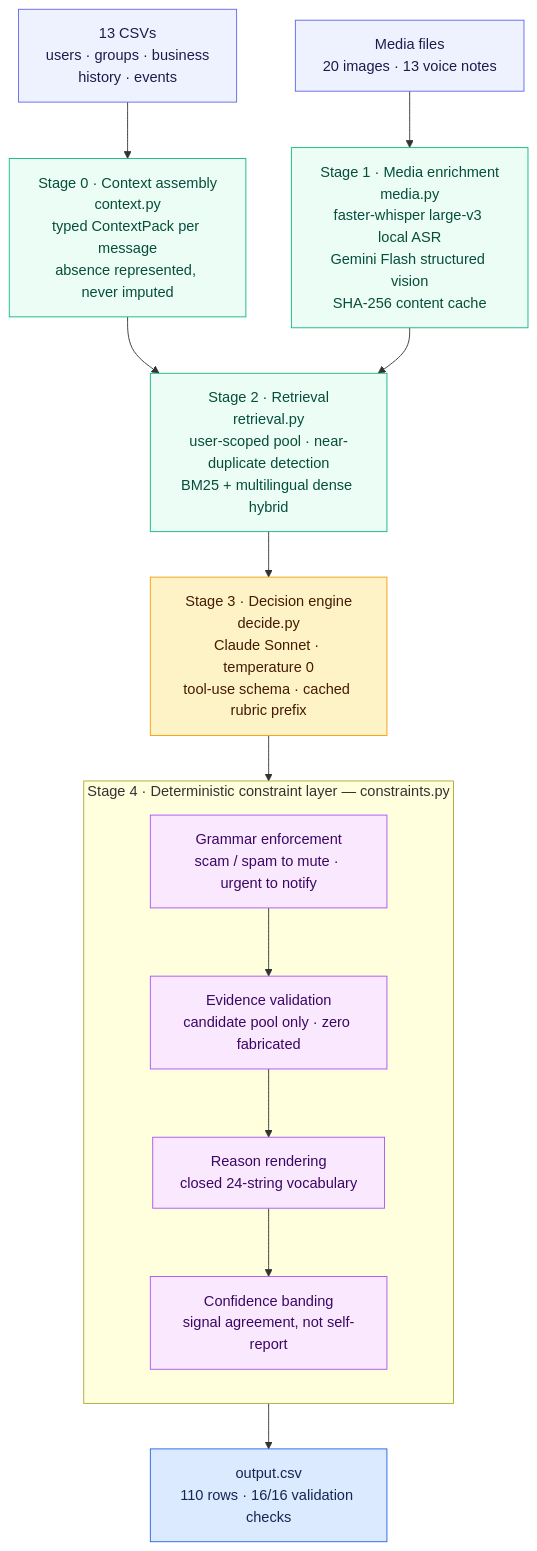
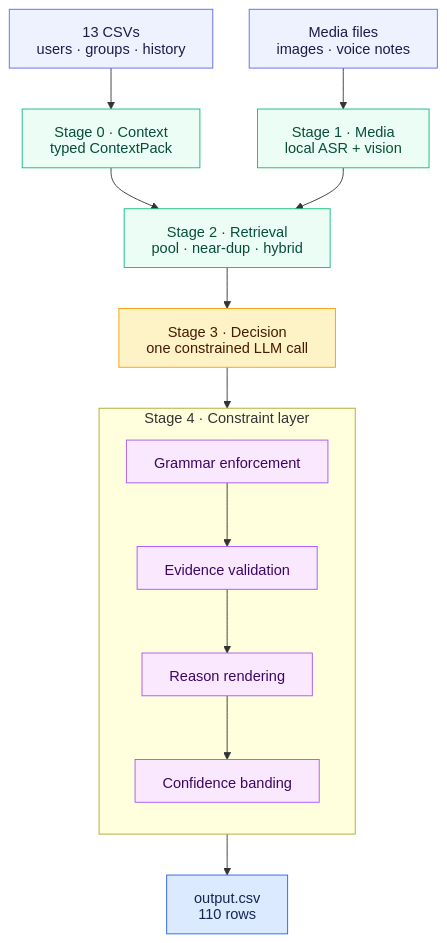
The diagram in README.md (akshar625/whatsapp-notification-router), drawn with Mermaid before and after one commit.

Commit message:
Fix architecture diagram line breaks and shorten node labels

````diff
--- a/README.md
+++ b/README.md
@@ -49,43 +49,41 @@
 ```mermaid
+%%{init: {"htmlLabels": false, "flowchart": {"htmlLabels": false, "nodeSpacing": 40, "rankSpacing": 45}} }%%
 flowchart TD
-    CSV["13 CSVs<br/>users · groups · business<br/>history · events"]
-    MEDIA["Media files<br/>20 images · 13 voice notes"]
+    CSV["13 CSVs<br/>users · groups · history"]
+    MEDIA["Media files<br/>images · voice notes"]
 
-    CTX["Stage 0 · Context assembly<br/>context.py<br/>typed ContextPack per message<br/>absence represented, never imputed"]
-    ENR["Stage 1 · Media enrichment<br/>media.py<br/>faster-whisper large-v3 local ASR<br/>Gemini Flash structured vision<br/>SHA-256 content cache"]
+    CTX["Stage 0 · Context<br/>typed ContextPack"]
+    ENR["Stage 1 · Media<br/>local ASR + vision"]
+    RET["Stage 2 · Retrieval<br/>pool · near-dup · hybrid"]
+    DEC["Stage 3 · Decision<br/>one constrained LLM call"]
 
-    RET["Stage 2 · Retrieval<br/>retrieval.py<br/>user-scoped pool · near-duplicate detection<br/>BM25 + multilingual dense hybrid"]
-
-    DEC["Stage 3 · Decision engine<br/>decide.py<br/>Claude Sonnet · temperature 0<br/>tool-use schema · cached rubric prefix"]
-
-    subgraph CONS["Stage 4 · Deterministic constraint layer — constraints.py"]
+    subgraph CONS["Stage 4 · Constraint layer"]
         direction TB
-        G["Grammar enforcement<br/>scam / spam to mute · urgent to notify"]
-        E["Evidence validation<br/>candidate pool only · zero fabricated"]
-        R["Reason rendering<br/>closed 24-string vocabulary"]
-        C["Confidence banding<br/>signal agreement, not self-report"]
+        G["Grammar enforcement"]
+        E["Evidence validation"]
+        R["Reason rendering"]
+        C["Confidence banding"]
         G --> E --> R --> C
     end
 
-    OUT["output.csv<br/>110 rows · 16/16 validation checks"]
+    OUT["output.csv<br/>110 rows"]
 
     CSV --> CTX
     MEDIA --> ENR
     CTX --> RET
     ENR --> RET
     RET --> DEC
     DEC --> G
     C --> OUT
 
-    classDef input fill:#eef2ff,stroke:#6366f1,stroke-width:1px,color:#1e1b4b
-    classDef stage fill:#ecfdf5,stroke:#10b981,stroke-width:1px,color:#064e3b
-    classDef llm fill:#fef3c7,stroke:#f59e0b,stroke-width:1px,color:#451a03
-    classDef guard fill:#fae8ff,stroke:#a855f7,stroke-width:1px,color:#3b0764
-    classDef out fill:#dbeafe,stroke:#2563eb,stroke-width:1px,color:#172554
-
+    classDef input fill:#eef2ff,stroke:#6366f1,color:#1e1b4b
+    classDef stage fill:#ecfdf5,stroke:#10b981,color:#064e3b
+    classDef llm   fill:#fef3c7,stroke:#f59e0b,color:#451a03
+    classDef guard fill:#fae8ff,stroke:#a855f7,color:#3b0764
+    classDef out   fill:#dbeafe,stroke:#2563eb,color:#172554
     class CSV,MEDIA input
     class CTX,ENR,RET stage
     class DEC llm
     class G,E,R,C guard
     class OUT out
 ```
````
